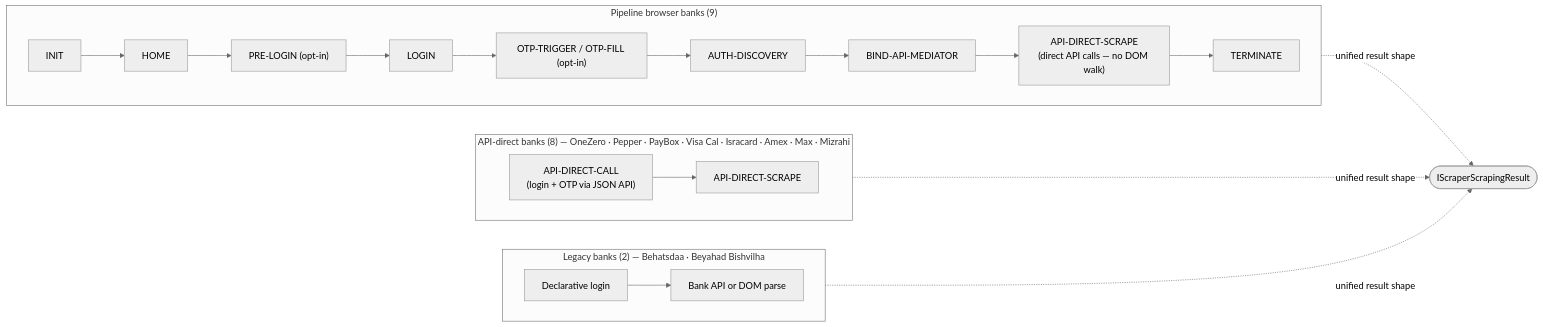
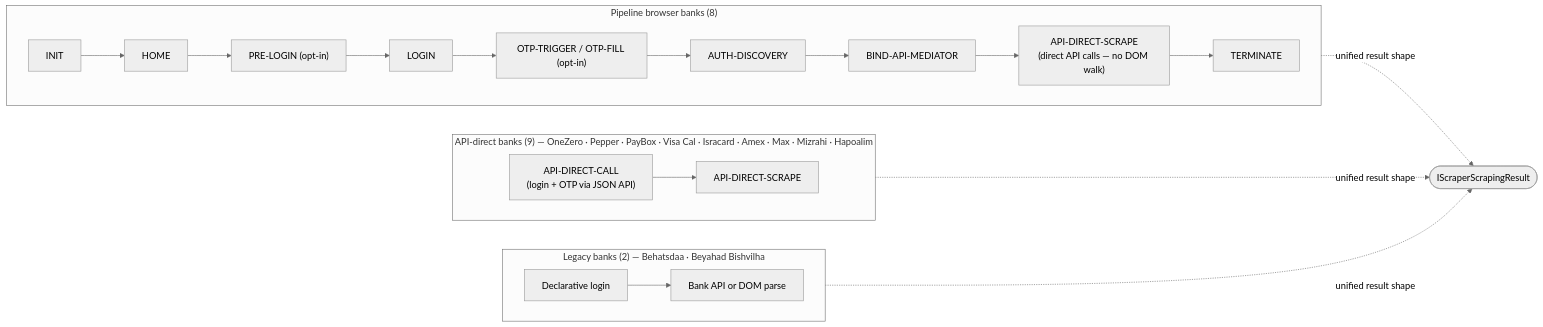
The diagram in README.md (sergienko4/israeli-bank-scrapers), drawn with Mermaid (neutral theme) before and after one commit. The commit also changed other lines of this file and 45 other files, not shown here.

First line of the commit message:
feat(hapoalim): log in over the API, no browser

````diff
--- a/README.md
+++ b/README.md
@@ -387,27 +391,27 @@
 ```mermaid
 flowchart LR
-    subgraph BB["Pipeline browser banks (9)"]
+    subgraph BB["Pipeline browser banks (8)"]
       direction LR
       INIT --> HOME --> PRELOGIN["PRE-LOGIN (opt-in)"]
       PRELOGIN --> LOGIN
       LOGIN --> OTP["OTP-TRIGGER / OTP-FILL (opt-in)"]
       OTP --> AUTH["AUTH-DISCOVERY"]
       AUTH --> BIND["BIND-API-MEDIATOR"]
       BIND --> SCRAPE["API-DIRECT-SCRAPE<br/>(direct API calls — no DOM walk)"]
       SCRAPE --> TERM["TERMINATE"]
     end
 
-    subgraph API["API-direct banks (8) — OneZero · Pepper · PayBox · Visa Cal · Isracard · Amex · Max · Mizrahi"]
+    subgraph API["API-direct banks (9) — OneZero · Pepper · PayBox · Visa Cal · Isracard · Amex · Max · Mizrahi · Hapoalim"]
       direction LR
       CALL["API-DIRECT-CALL<br/>(login + OTP via JSON API)"] --> SCR["API-DIRECT-SCRAPE"]
     end
 
     subgraph LEG["Legacy banks (2) — Behatsdaa · Beyahad Bishvilha"]
       direction LR
       LLOGIN["Declarative login"] --> LFETCH["Bank API or DOM parse"]
     end
 
     BB -.->|"unified result shape"| RESULT(["IScraperScrapingResult"])
     API -.->|"unified result shape"| RESULT
     LEG -.->|"unified result shape"| RESULT
 ```
````
